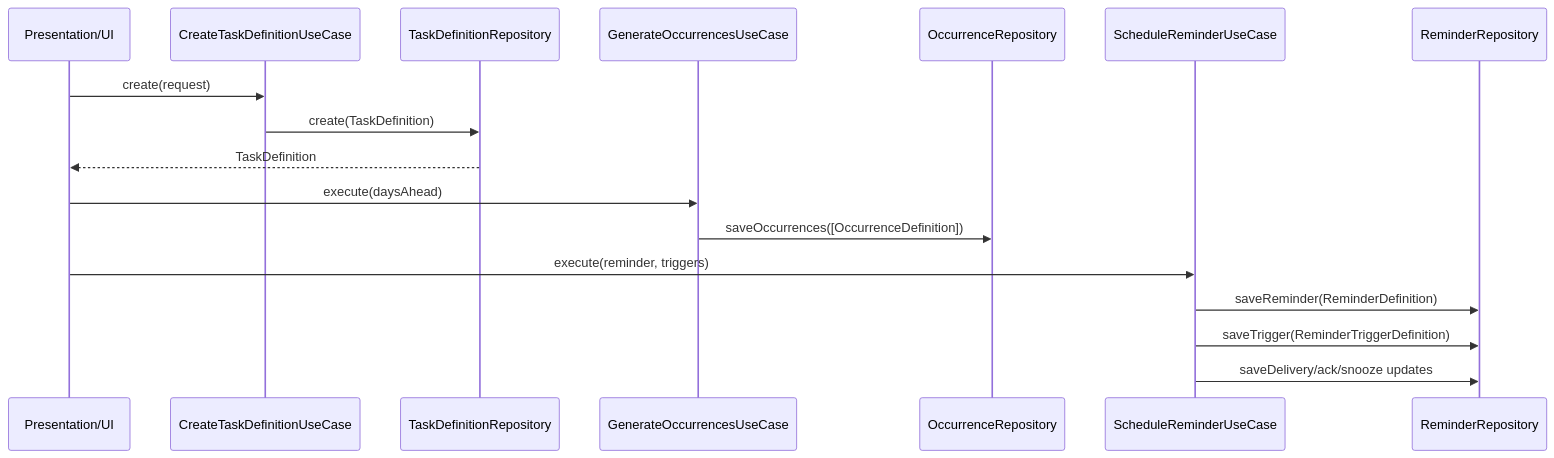
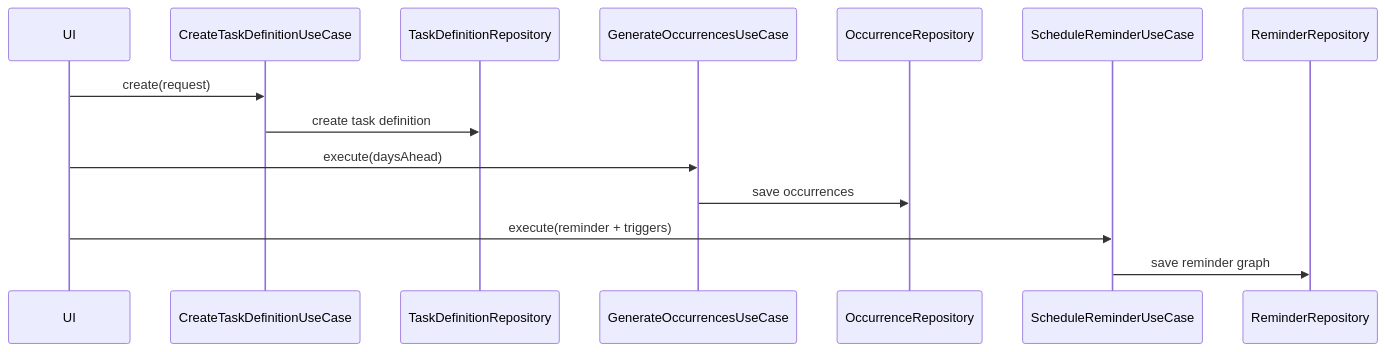
One commit to Saransh-Sharma/Tasker changed the first of 2 diagrams in docs/architecture/data-model-v2.md. Above: the diagram before and after it, drawn with Mermaid. The commit also changed other lines of this file and 10 other files, not shown here.

Commit message:
docs: update architecture documentation for V3

````diff
--- a/docs/architecture/data-model-v2.md
+++ b/docs/architecture/data-model-v2.md
@@ -196,22 +113,17 @@
 ```mermaid
 sequenceDiagram
-    participant UI as Presentation/UI
-    participant TUC as CreateTaskDefinitionUseCase
+    participant UI as UI
+    participant CT as CreateTaskDefinitionUseCase
     participant TR as TaskDefinitionRepository
-    participant GOU as GenerateOccurrencesUseCase
+    participant GO as GenerateOccurrencesUseCase
     participant OR as OccurrenceRepository
-    participant SRU as ScheduleReminderUseCase
+    participant SR as ScheduleReminderUseCase
     participant RR as ReminderRepository
 
-    UI->>TUC: create(request)
-    TUC->>TR: create(TaskDefinition)
-    TR-->>UI: TaskDefinition
-
-    UI->>GOU: execute(daysAhead)
-    GOU->>OR: saveOccurrences([OccurrenceDefinition])
-
-    UI->>SRU: execute(reminder, triggers)
-    SRU->>RR: saveReminder(ReminderDefinition)
-    SRU->>RR: saveTrigger(ReminderTriggerDefinition)
-    SRU->>RR: saveDelivery/ack/snooze updates
+    UI->>CT: create(request)
+    CT->>TR: create task definition
+    UI->>GO: execute(daysAhead)
+    GO->>OR: save occurrences
+    UI->>SR: execute(reminder + triggers)
+    SR->>RR: save reminder graph
 ```
````
